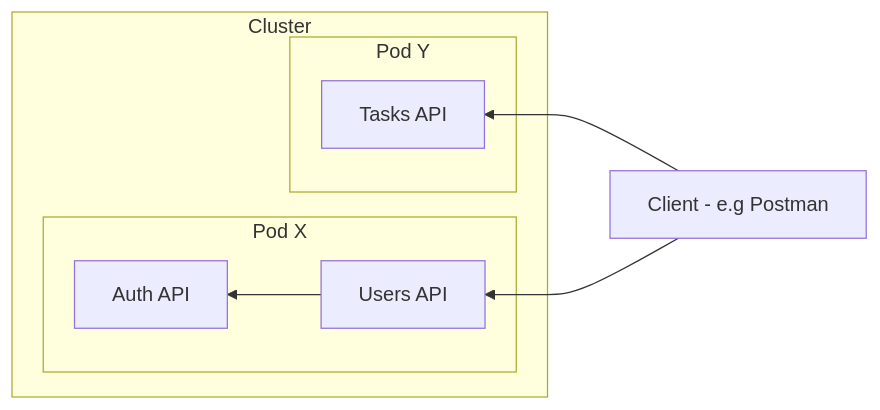
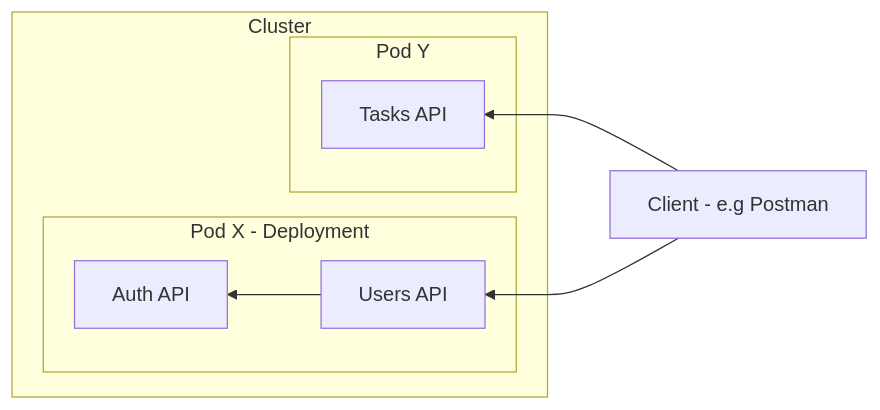
Before and after one commit to Aixufey/Docker-Complete: the diagram in src/Kubernetes/Networking/README.MD, drawn with Mermaid. The commit also changed other lines of this file and 3 other files, not shown here.

````diff
--- a/src/Kubernetes/Networking/README.MD
+++ b/src/Kubernetes/Networking/README.MD
@@ -3,16 +6,16 @@
 ```mermaid
     graph RL
     subgraph "Cluster"
-    subgraph "Pod X"
+    subgraph "Pod X - Deployment"
     A[Auth API]
     B[Users API]
     B --> A
     end
     subgraph "Pod Y"
     C[Tasks API]
     end
     end
     X[Client - e.g Postman]
     X --> B
     X --> C
 ```
````
